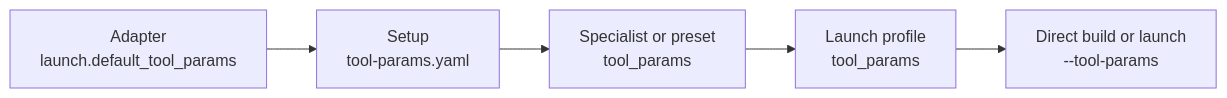
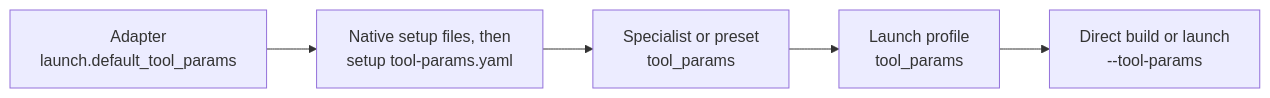
One commit to igamenovoer/houmao changed the diagram in docs/reference/build-phase/launch-overrides.md. Above: the diagram before and after it, drawn with Mermaid. The commit also changed other lines of this file and 66 other files, not shown here.

````diff
--- a/docs/reference/build-phase/launch-overrides.md
+++ b/docs/reference/build-phase/launch-overrides.md
@@ -11,10 +11,10 @@
 ```mermaid
 flowchart LR
     A["Adapter<br/>launch.default_tool_params"]
-    B["Setup<br/>tool-params.yaml"]
+    B["Native setup files, then<br/>setup tool-params.yaml"]
     C["Specialist or preset<br/>tool_params"]
     D["Launch profile<br/>tool_params"]
     E["Direct build or launch<br/>--tool-params"]
 
     A --> B --> C --> D --> E
 ```
````
